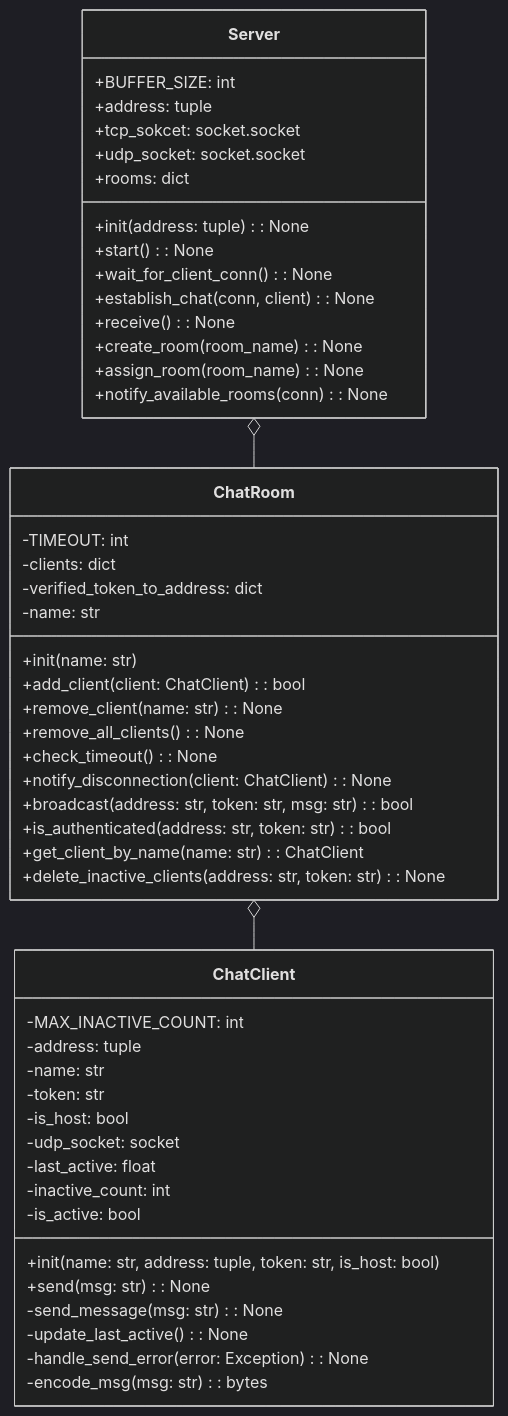
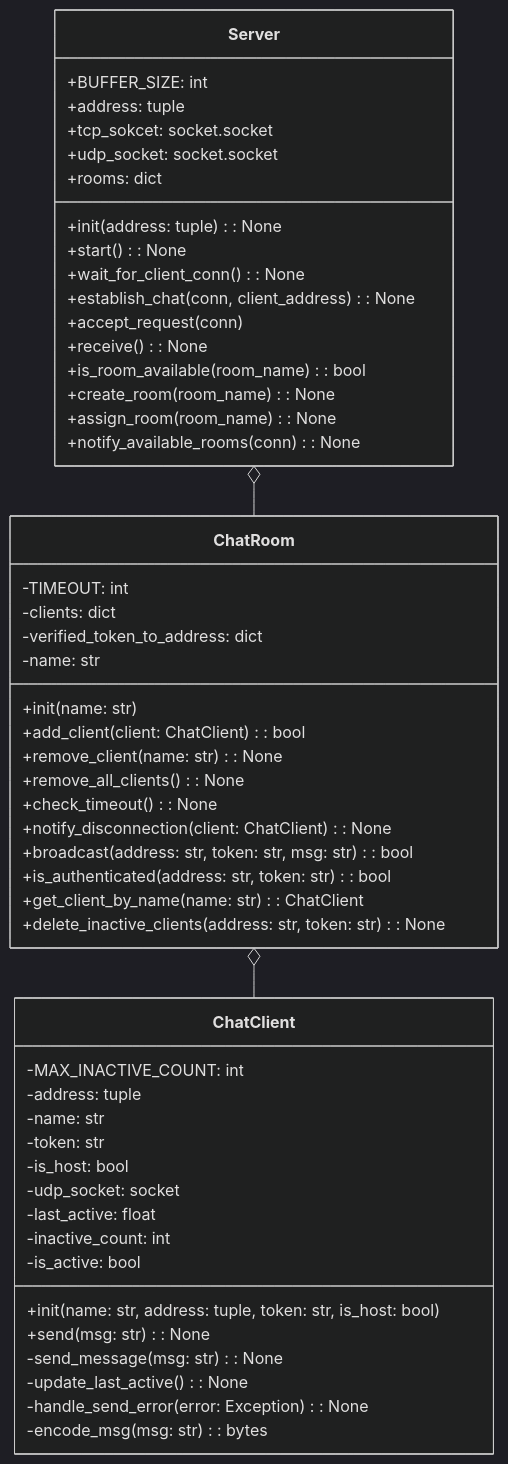
The first of 2 diagrams in README.md (recursion-backend-team-d/online-chat-messenger), drawn with Mermaid (dark theme) before and after one commit. The commit also changed other lines of this file and 1 other file, not shown here.

Commit message:
コンフリクト解消

````diff
--- a/README.md
+++ b/README.md
@@ -7,58 +7,60 @@
 ```mermaid
 classDiagram
 class ChatClient {
   -MAX_INACTIVE_COUNT: int
   -address: tuple
   -name: str
   -token: str
   -is_host: bool
   -udp_socket: socket
   -last_active: float
   -inactive_count: int
   -is_active: bool
 
   +init(name: str, address: tuple, token: str, is_host: bool)
   +send(msg: str): None
   -send_message(msg: str): None
   -update_last_active(): None
   -handle_send_error(error: Exception): None
   -encode_msg(msg: str): bytes
 }
 
 class ChatRoom {
   -TIMEOUT: int
   -clients: dict
   -verified_token_to_address: dict
   -name: str
 
   +init(name: str)
   +add_client(client: ChatClient): bool
   +remove_client(name: str): None
   +remove_all_clients(): None
   +check_timeout(): None
   +notify_disconnection(client: ChatClient): None
   +broadcast(address: str, token: str, msg: str): bool
   +is_authenticated(address: str, token: str): bool
   +get_client_by_name(name: str): ChatClient
   +delete_inactive_clients(address: str, token: str): None
 }
 
 class Server {
   +BUFFER_SIZE: int
   +address: tuple
   +tcp_sokcet: socket.socket
   +udp_socket: socket.socket
   +rooms: dict
 
   +init(address: tuple): None
   +start(): None
   +wait_for_client_conn(): None
-  +establish_chat(conn, client): None
+  +establish_chat(conn, client_address): None
+  +accept_request(conn)
   +receive(): None
+  +is_room_available(room_name): bool
   +create_room(room_name): None
   +assign_room(room_name): None
   +notify_available_rooms(conn): None
 }
 Server o-- ChatRoom
 ChatRoom o-- ChatClient
 ```
````
